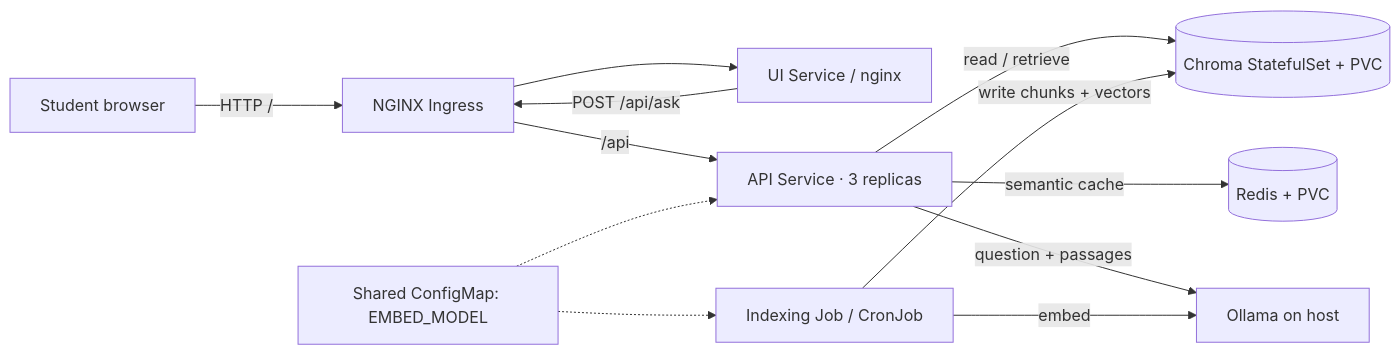
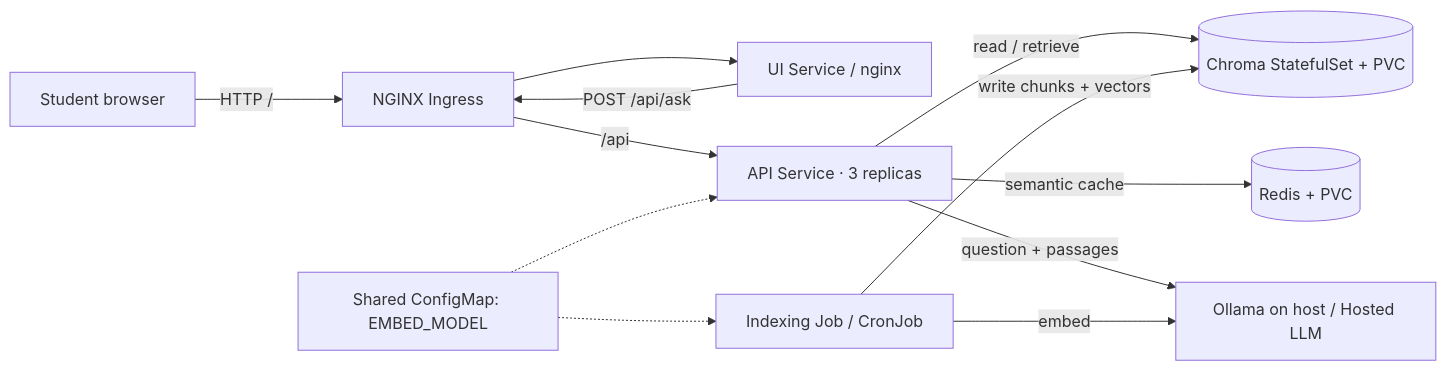
One commit to Saliha-Noor/Rahbar changed the diagram in README.md. Above: the diagram before and after it, drawn with Mermaid. The commit also changed other lines of this file and 4 other files, not shown here.

````diff
--- a/README.md
+++ b/README.md
@@ -9,14 +9,14 @@
 ```mermaid
 flowchart LR
   U[Student browser] -->|HTTP /| I[NGINX Ingress]
   I --> UI[UI Service / nginx]
   I -->|/api| API[API Service · 3 replicas]
   UI -->|POST /api/ask| I
   API -->|read / retrieve| C[(Chroma StatefulSet + PVC)]
   API -->|semantic cache| R[(Redis + PVC)]
-  API -->|question + passages| O[Ollama on host]
+  API -->|question + passages| O[Ollama on host / Hosted LLM]
   J[Indexing Job / CronJob] -->|write chunks + vectors| C
   J -->|embed| O
   CM[Shared ConfigMap: EMBED_MODEL] -.-> API
   CM -.-> J
 ```
````
